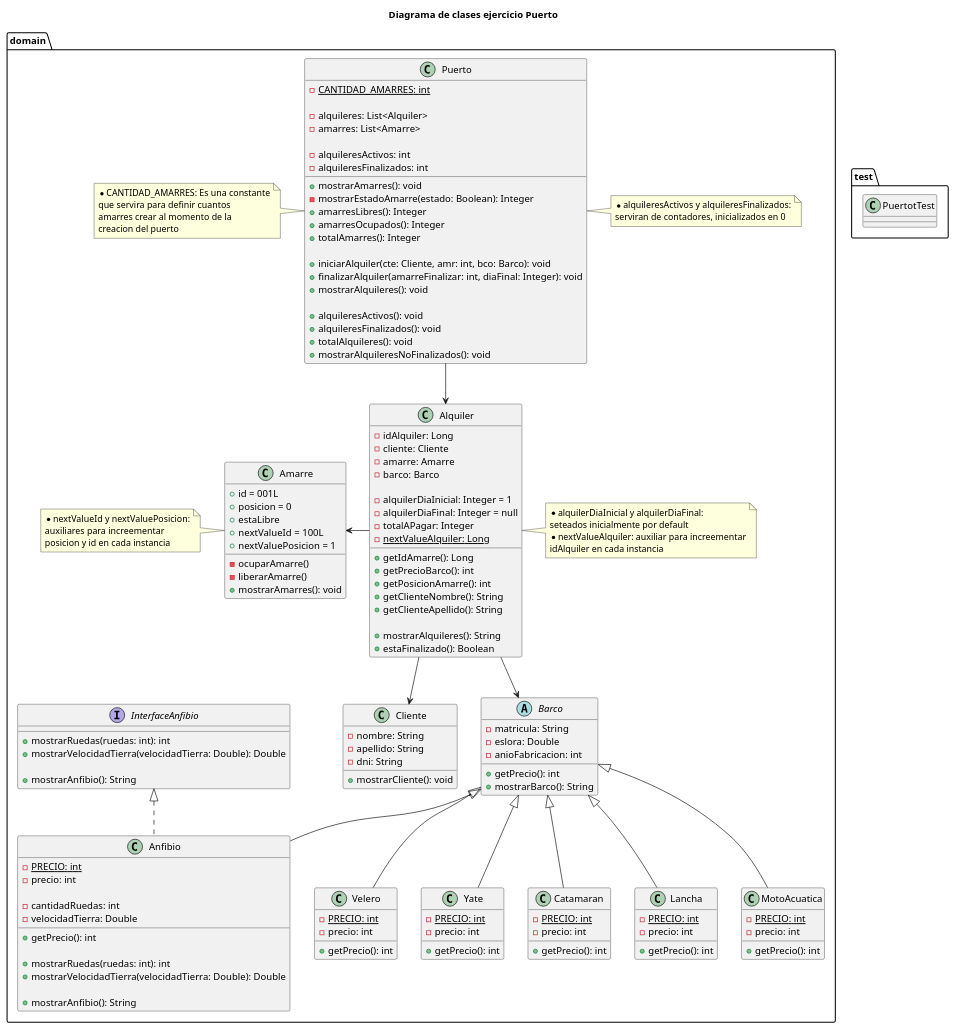
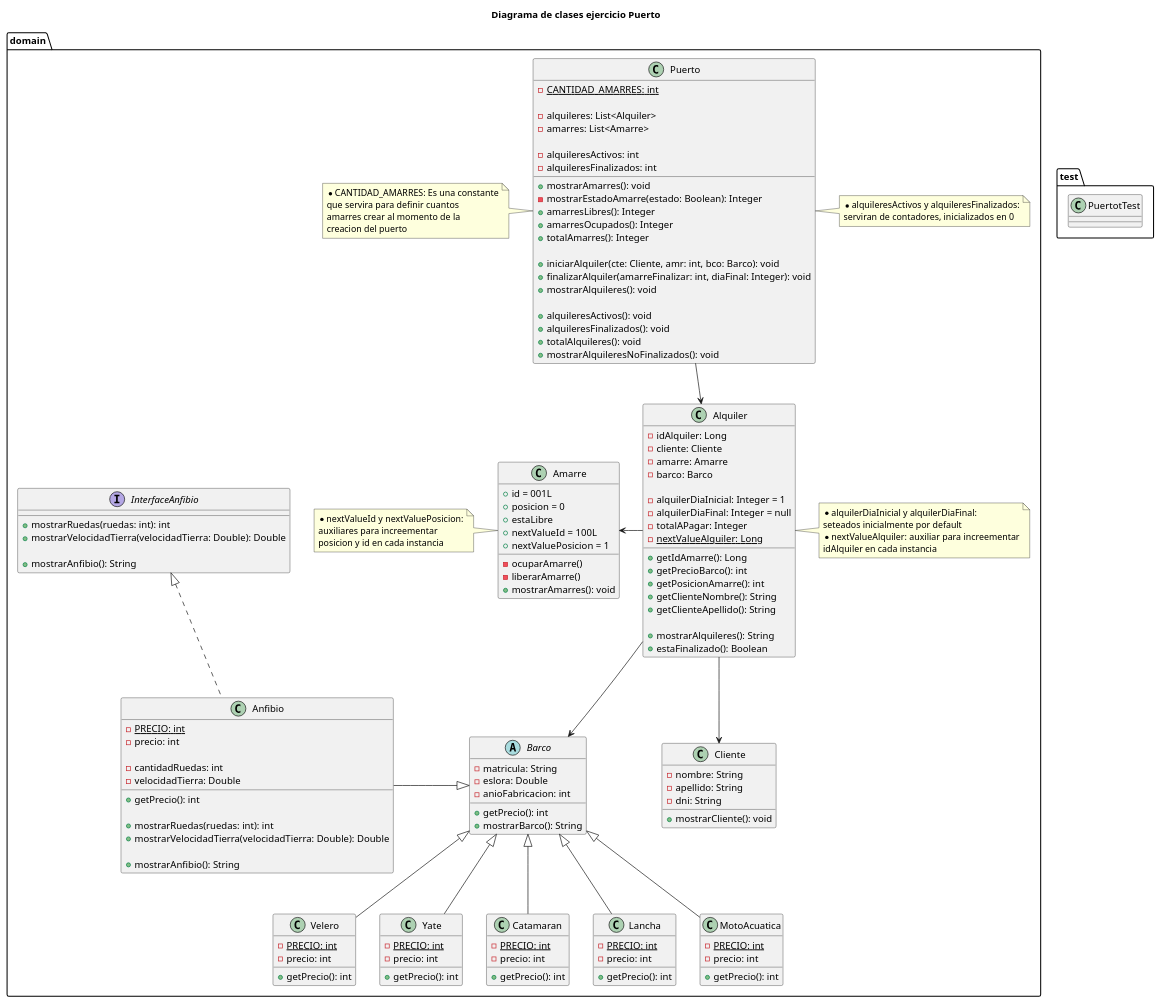
The diagram in src/doc/diagrama-clases.puml (gioruanova/dvpoo20232cpuertoruanovajorge), drawn with PlantUML before and after one commit. The commit also changed 3 other files, not shown here.

Commit message:
diagrama actualizado

```diff
--- a/src/doc/diagrama-clases.puml
+++ b/src/doc/diagrama-clases.puml
@@ -1,200 +1,200 @@
 @startuml
 
 title Diagrama de clases ejercicio Puerto
 
 
 package domain{
 
 	class Puerto {
 	-{static} CANTIDAD_AMARRES: int
 	
 	-alquileres: List<Alquiler>
 	-amarres: List<Amarre>
 	
 	-alquileresActivos: int
 	-alquileresFinalizados: int
 	
 	+mostrarAmarres(): void
 	-mostrarEstadoAmarre(estado: Boolean): Integer
 		+amarresLibres(): Integer
 		+amarresOcupados(): Integer
 	+totalAmarres(): Integer
 	
 	+iniciarAlquiler(cte: Cliente, amr: int, bco: Barco): void
 	+finalizarAlquiler(amarreFinalizar: int, diaFinal: Integer): void
 	+mostrarAlquileres(): void
 	
 	+alquileresActivos(): void
 	+alquileresFinalizados(): void
 	+totalAlquileres(): void
 	+mostrarAlquileresNoFinalizados(): void
 	}
 		note left of Puerto
 	*CANTIDAD_AMARRES: Es una constante 
 	que servira para definir cuantos 
 	amarres crear al momento de la 
 	creacion del puerto
 		end note
 	
 		note right of Puerto
 	*alquileresActivos y alquileresFinalizados:
 	serviran de contadores, inicializados en 0
 		end note
 	
 
 	class Alquiler {
 	-idAlquiler: Long
 	-cliente: Cliente
 	-amarre: Amarre
 	-barco: Barco
 	
 	-alquilerDiaInicial: Integer = 1
 	-alquilerDiaFinal: Integer = null
 	-totalAPagar: Integer
 	-{static} nextValueAlquiler: Long
 	
 	+getIdAmarre(): Long
 	+getPrecioBarco(): int
 	+getPosicionAmarre(): int
 	+getClienteNombre(): String
 	+getClienteApellido(): String
 	
 	+mostrarAlquileres(): String
 	+estaFinalizado(): Boolean
 	}
 	
 		note right of Alquiler
 	*alquilerDiaInicial y alquilerDiaFinal: 
 	seteados inicialmente por default
 	*nextValueAlquiler: auxiliar para increementar
 	idAlquiler en cada instancia
 		end note
 	
 
 	class Amarre {
 	+id = 001L
 	+posicion = 0
 	+estaLibre
 	+nextValueId = 100L
 	+nextValuePosicion = 1
 	
 	-ocuparAmarre()
 	-liberarAmarre()
 	+mostrarAmarres(): void
 	}
 	
 		note left of Amarre
 	*nextValueId y nextValuePosicion:
 	auxiliares para increementar
 	posicion y id en cada instancia
 		end note
 
 
 	class Cliente {
 	-nombre: String
 	-apellido: String
 	-dni: String
 	
 	+mostrarCliente(): void
 	
 	}
 	
 
 	abstract class Barco {
 	-matricula: String
 	-eslora: Double
 	-anioFabricacion: int
 	
 	+getPrecio(): int
 	+mostrarBarco(): String
 	}
 	
 	
 	class Velero{
 	-{static} PRECIO: int
 	-precio: int
 	
 	+getPrecio(): int
 	}
 	
 	
 	class Yate{
 	-{static} PRECIO: int
 	-precio: int
 	
 	+getPrecio(): int
 	}
 	
 	
 	class Catamaran{
 	-{static} PRECIO: int
 	-precio: int
 	
 	+getPrecio(): int
 	}
 	
 	
 	class Lancha{
 	-{static} PRECIO: int
 	-precio: int
 	
 	+getPrecio(): int
 	}
 	
 	
 	class MotoAcuatica{
 	-{static} PRECIO: int
 	-precio: int
 	
 	+getPrecio(): int
 	}
 	
 	
 	class Anfibio{
 	-{static} PRECIO: int
 	-precio: int
 	
 	-cantidadRuedas: int
 	-velocidadTierra: Double
 	
 	+getPrecio(): int
 	
 	+mostrarRuedas(ruedas: int): int
 	+mostrarVelocidadTierra(velocidadTierra: Double): Double
 	
 	+mostrarAnfibio(): String
 	}
 	
 	
 	interface InterfaceAnfibio{
 	+mostrarRuedas(ruedas: int): int
 	+mostrarVelocidadTierra(velocidadTierra: Double): Double
 	
 	+mostrarAnfibio(): String
 	}
 }
 
 	package test{
 	class PuertotTest
 	}
 	
 	
 	
 Puerto --> Alquiler
 Alquiler -down-> Cliente
 Alquiler -left-> Amarre
 
 Alquiler -down-> Barco
 
 Barco <|-- Velero
 Barco <|-- Yate
 Barco <|-- Catamaran
 Barco <|-- Lancha
-Barco <|-- Anfibio
+Barco <|-left- Anfibio
 Barco <|-- MotoAcuatica
 
 InterfaceAnfibio <|.down. Anfibio
 
 
 
 @enduml
```
